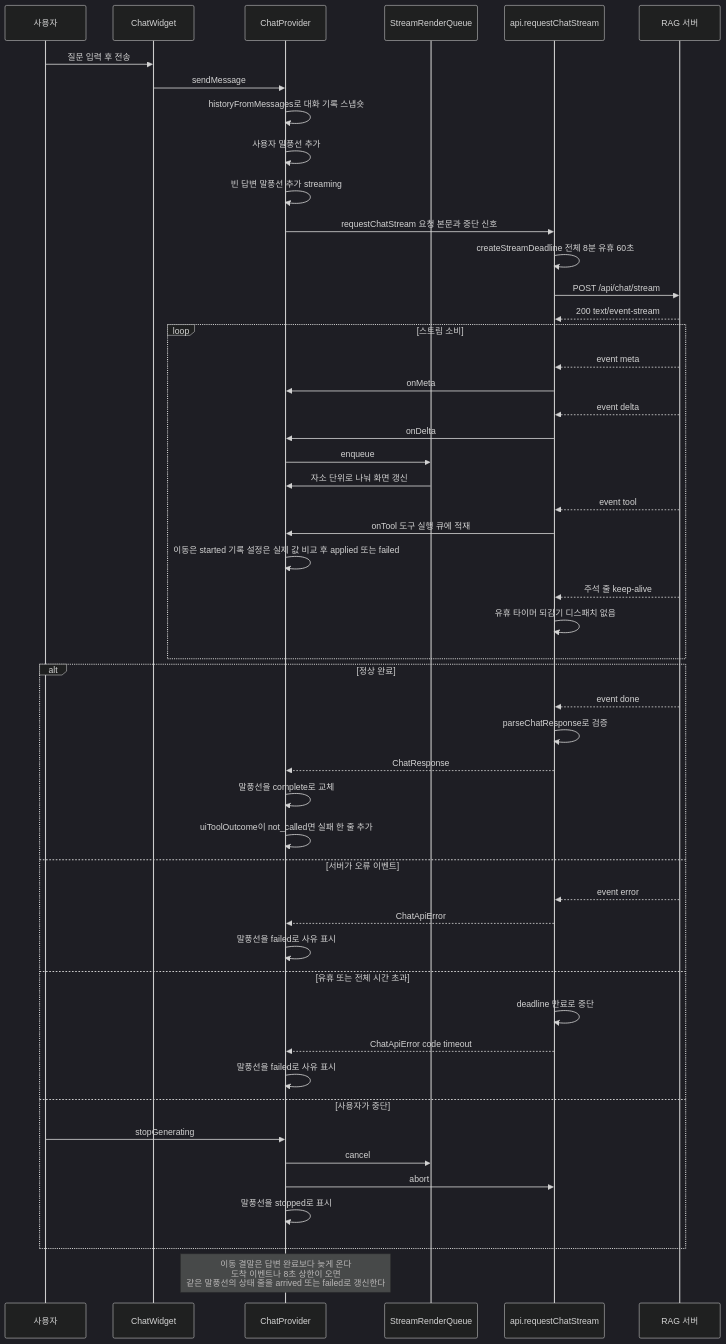
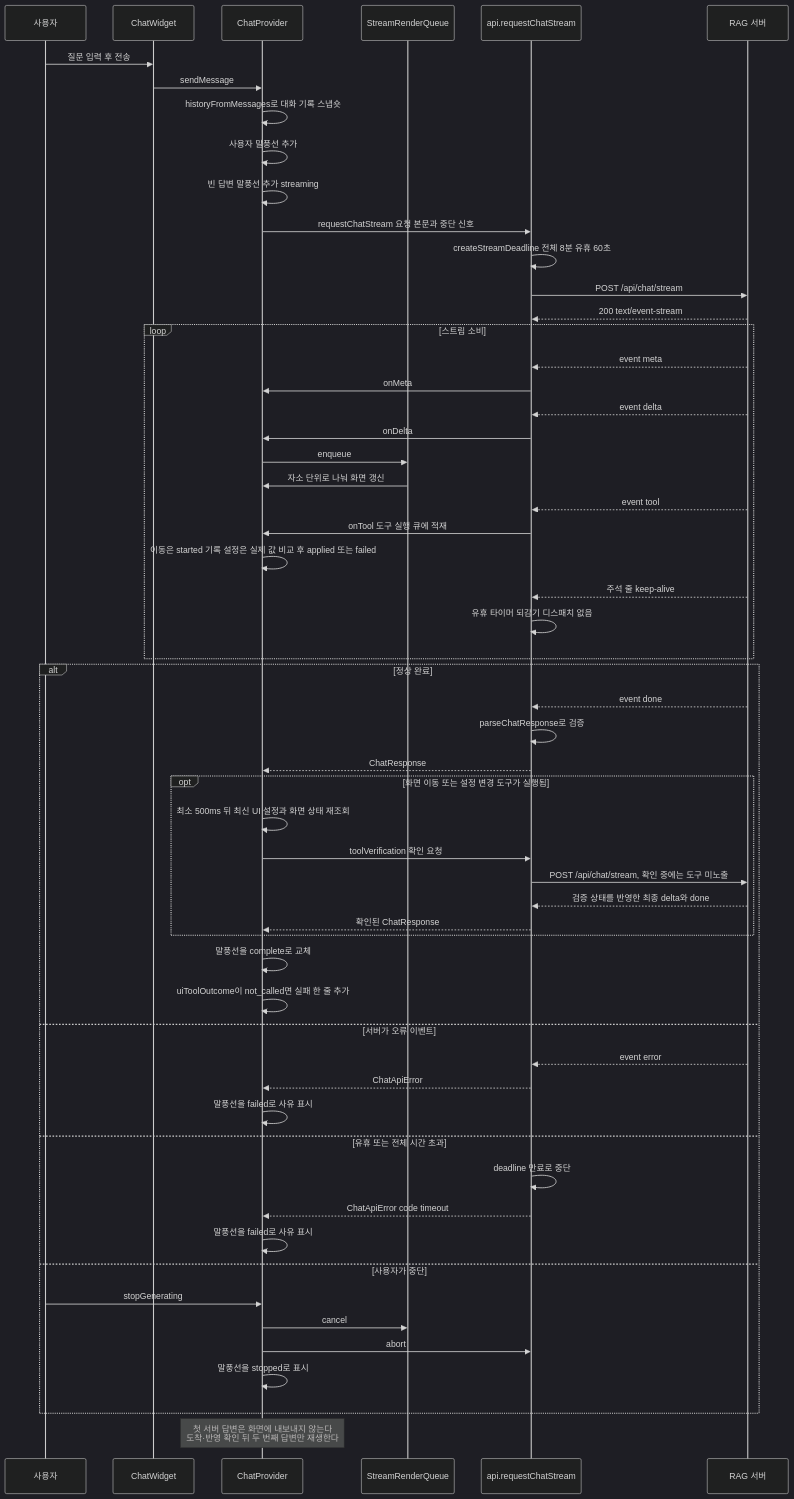
Before and after one commit to s-work-song/ssw-portfolio-public: the second of 5 diagrams in web/docs/chatbot-architecture.md, drawn with Mermaid (dark theme). The commit also changed other lines of this file and 2 other files, not shown here.

````diff
--- a/web/docs/chatbot-architecture.md
+++ b/web/docs/chatbot-architecture.md
@@ -109,56 +109,63 @@
 ```mermaid
 sequenceDiagram
   participant U as 사용자
   participant W as ChatWidget
   participant P as ChatProvider
   participant Q as StreamRenderQueue
   participant A as api.requestChatStream
   participant S as RAG 서버
 
   U->>W: 질문 입력 후 전송
   W->>P: sendMessage
   P->>P: historyFromMessages로 대화 기록 스냅숏
   P->>P: 사용자 말풍선 추가
   P->>P: 빈 답변 말풍선 추가 streaming
   P->>A: requestChatStream 요청 본문과 중단 신호
   A->>A: createStreamDeadline 전체 8분 유휴 60초
   A->>S: POST /api/chat/stream
   S-->>A: 200 text/event-stream
 
   loop 스트림 소비
     S-->>A: event meta
     A->>P: onMeta
     S-->>A: event delta
     A->>P: onDelta
     P->>Q: enqueue
     Q->>P: 자소 단위로 나눠 화면 갱신
     S-->>A: event tool
     A->>P: onTool 도구 실행 큐에 적재
     P->>P: 이동은 started 기록 설정은 실제 값 비교 후 applied 또는 failed
     S-->>A: 주석 줄 keep-alive
     A->>A: 유휴 타이머 되감기 디스패치 없음
   end
 
   alt 정상 완료
     S-->>A: event done
     A->>A: parseChatResponse로 검증
     A-->>P: ChatResponse
+    opt 화면 이동 또는 설정 변경 도구가 실행됨
+      P->>P: 최소 500ms 뒤 최신 UI 설정과 화면 상태 재조회
+      P->>A: toolVerification 확인 요청
+      A->>S: POST /api/chat/stream, 확인 중에는 도구 미노출
+      S-->>A: 검증 상태를 반영한 최종 delta와 done
+      A-->>P: 확인된 ChatResponse
+    end
     P->>P: 말풍선을 complete로 교체
     P->>P: uiToolOutcome이 not_called면 실패 한 줄 추가
   else 서버가 오류 이벤트
     S-->>A: event error
     A-->>P: ChatApiError
     P->>P: 말풍선을 failed로 사유 표시
   else 유휴 또는 전체 시간 초과
     A->>A: deadline 만료로 중단
     A-->>P: ChatApiError code timeout
     P->>P: 말풍선을 failed로 사유 표시
   else 사용자가 중단
     U->>P: stopGenerating
     P->>Q: cancel
     P->>A: abort
     P->>P: 말풍선을 stopped로 표시
   end
 
-  Note over P: 이동 결말은 답변 완료보다 늦게 온다<br/>도착 이벤트나 8초 상한이 오면<br/>같은 말풍선의 상태 줄을 arrived 또는 failed로 갱신한다
+  Note over P: 첫 서버 답변은 화면에 내보내지 않는다<br/>도착·반영 확인 뒤 두 번째 답변만 재생한다
 ```
````
